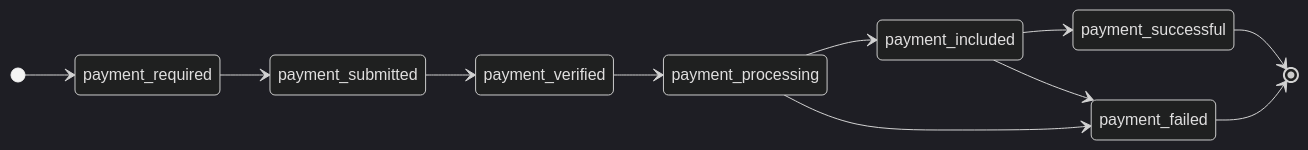
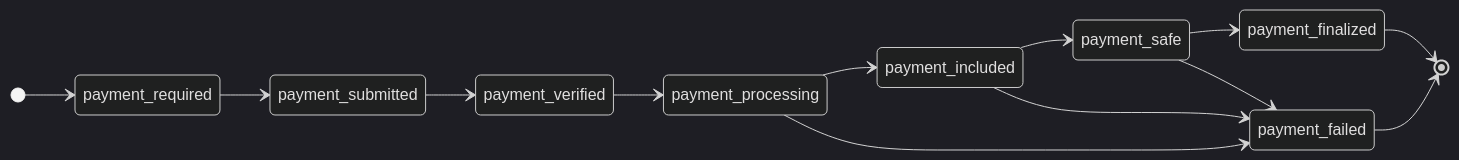
One commit to hashkey-merchant/hashkey-merchant.github.io changed the diagram in docs/en/cart-mandate.md. Above: the diagram before and after it, drawn with Mermaid (dark theme). The commit also changed other lines of this file and 13 other files, not shown here.

````diff
--- a/docs/en/cart-mandate.md
+++ b/docs/en/cart-mandate.md
@@ -183,14 +183,16 @@
 ```mermaid
 stateDiagram-v2
     direction LR
     [*] --> payment_required
     payment_required --> payment_submitted
     payment_submitted --> payment_verified
     payment_verified --> payment_processing
     payment_processing --> payment_included
     payment_processing --> payment_failed
-    payment_included --> payment_successful
+    payment_included --> payment_safe
     payment_included --> payment_failed
-    payment_successful --> [*]
+    payment_safe --> payment_finalized
+    payment_safe --> payment_failed
+    payment_finalized --> [*]
     payment_failed --> [*]
 ```
````
